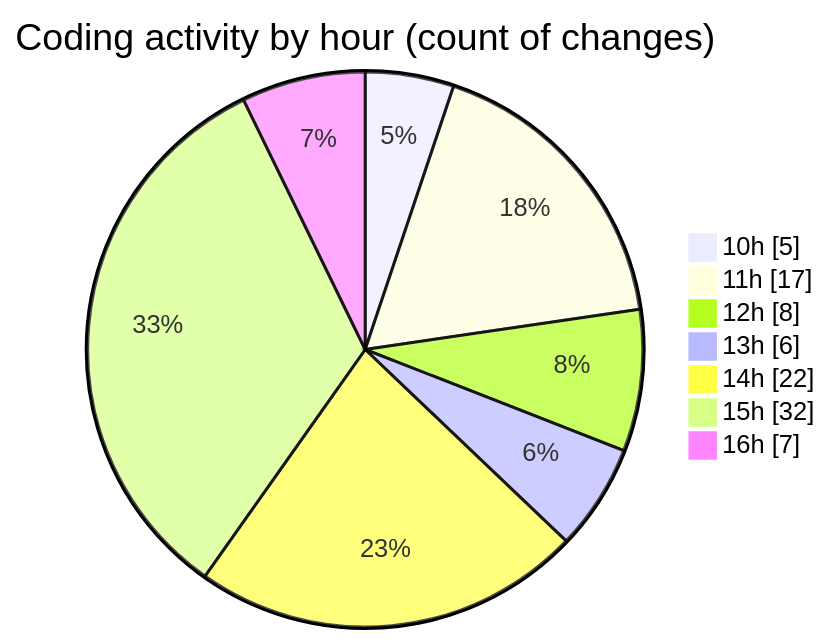
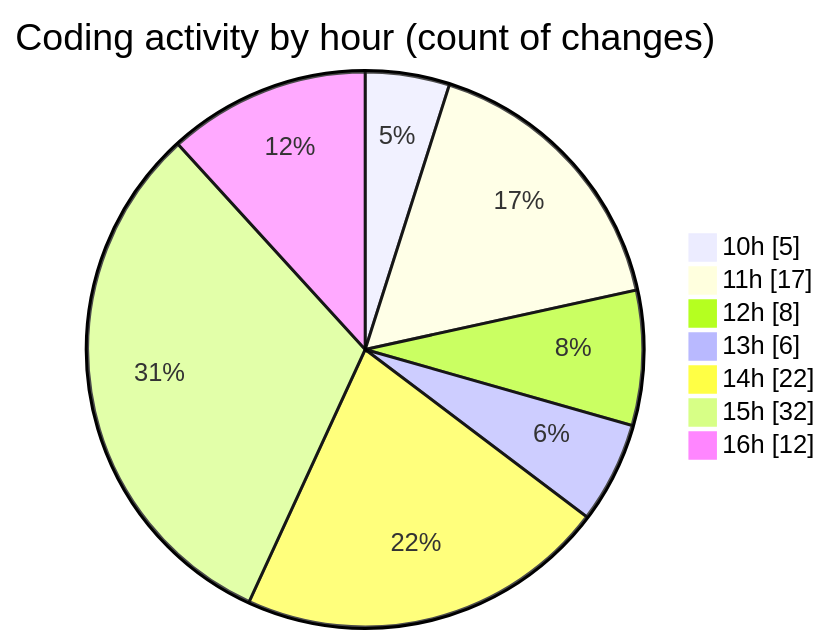
Before and after one commit to CELIANVF/code-tracking: the second of 2 diagrams in 2025-05-05/ecodeli/README.md, drawn with Mermaid. The commit also changed other lines of this file and 1 other file, not shown here.

````diff
--- a/2025-05-05/ecodeli/README.md
+++ b/2025-05-05/ecodeli/README.md
@@ -68,11 +69,11 @@
 ```mermaid
 pie showData
 title Coding activity by hour (count of changes)
 "10h" : 5
 "11h" : 17
 "12h" : 8
 "13h" : 6
 "14h" : 22
 "15h" : 32
-"16h" : 7
+"16h" : 12
 ```
````
